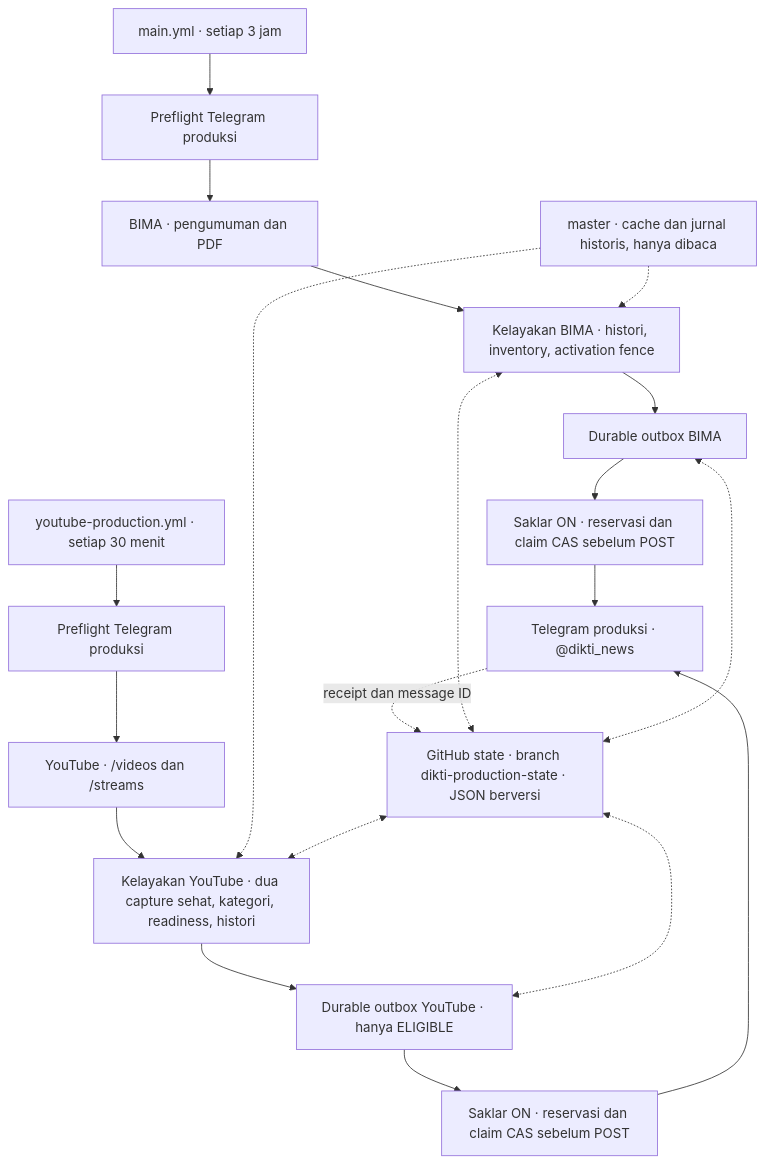
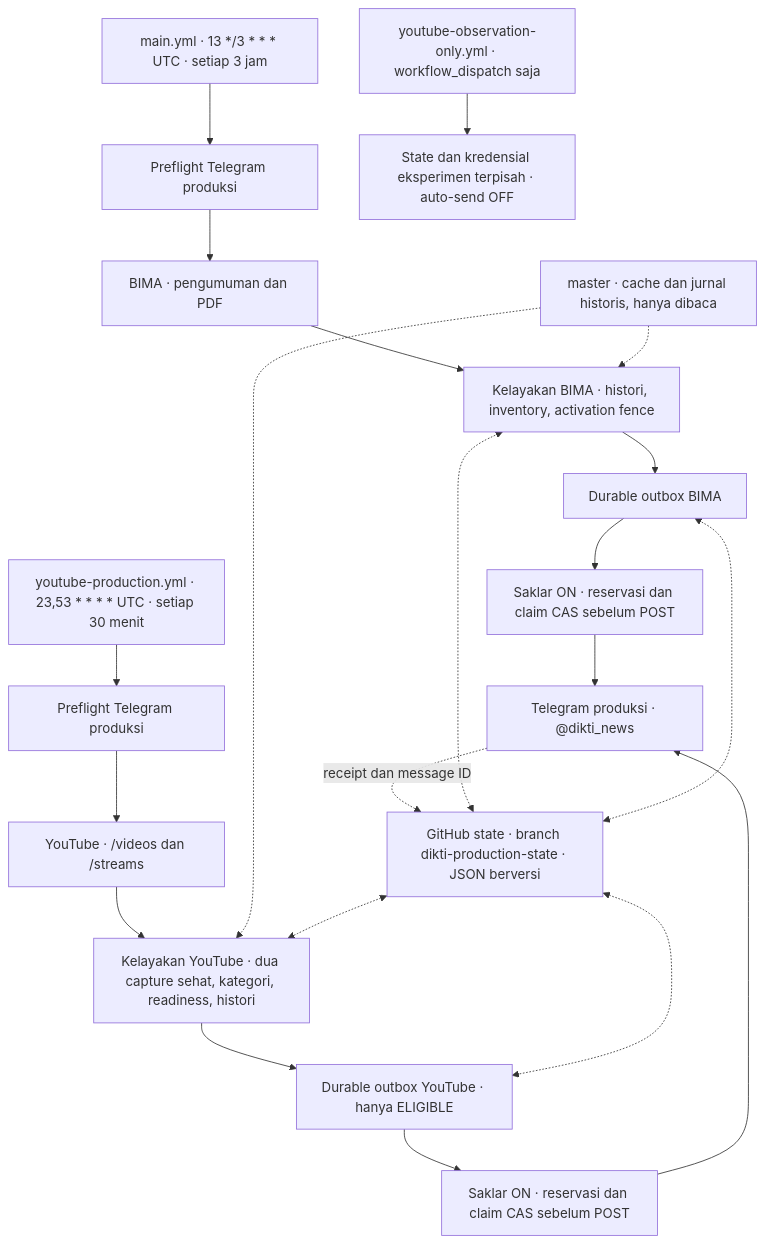
One commit to Galih-Hermawan-Unikom/bima-dikti-news changed the diagram in README.md. Above: the diagram before and after it, drawn with Mermaid. The commit also changed other lines of this file, not shown here.

Commit message:
docs: align README with production schedules after PR 24

````diff
--- a/README.md
+++ b/README.md
@@ -18,24 +20,26 @@
 ```mermaid
 flowchart TD
-    WB["main.yml · setiap 3 jam"] --> PB["Preflight Telegram produksi"]
+    WB["main.yml · 13 */3 * * * UTC · setiap 3 jam"] --> PB["Preflight Telegram produksi"]
     PB --> B["BIMA · pengumuman dan PDF"]
     B --> EB["Kelayakan BIMA · histori, inventory, activation fence"]
     EB --> OB["Durable outbox BIMA"]
     OB --> CB["Saklar ON · reservasi dan claim CAS sebelum POST"]
     CB --> T["Telegram produksi · @dikti_news"]
 
-    WY["youtube-production.yml · setiap 30 menit"] --> PY["Preflight Telegram produksi"]
+    WY["youtube-production.yml · 23,53 * * * * UTC · setiap 30 menit"] --> PY["Preflight Telegram produksi"]
     PY --> Y["YouTube · /videos dan /streams"]
     Y --> EY["Kelayakan YouTube · dua capture sehat, kategori, readiness, histori"]
     EY --> OY["Durable outbox YouTube · hanya ELIGIBLE"]
     OY --> CY["Saklar ON · reservasi dan claim CAS sebelum POST"]
     CY --> T
 
     H["master · cache dan jurnal historis, hanya dibaca"] -.-> EB
     H -.-> EY
     S["GitHub state · branch dikti-production-state · JSON berversi"] <-.-> EB
     S <-.-> EY
     S <-.-> OB
     S <-.-> OY
     T -. "receipt dan message ID" .-> S
+
+    WE["youtube-observation-only.yml · workflow_dispatch saja"] --> EX["State dan kredensial eksperimen terpisah · auto-send OFF"]
 ```
````
